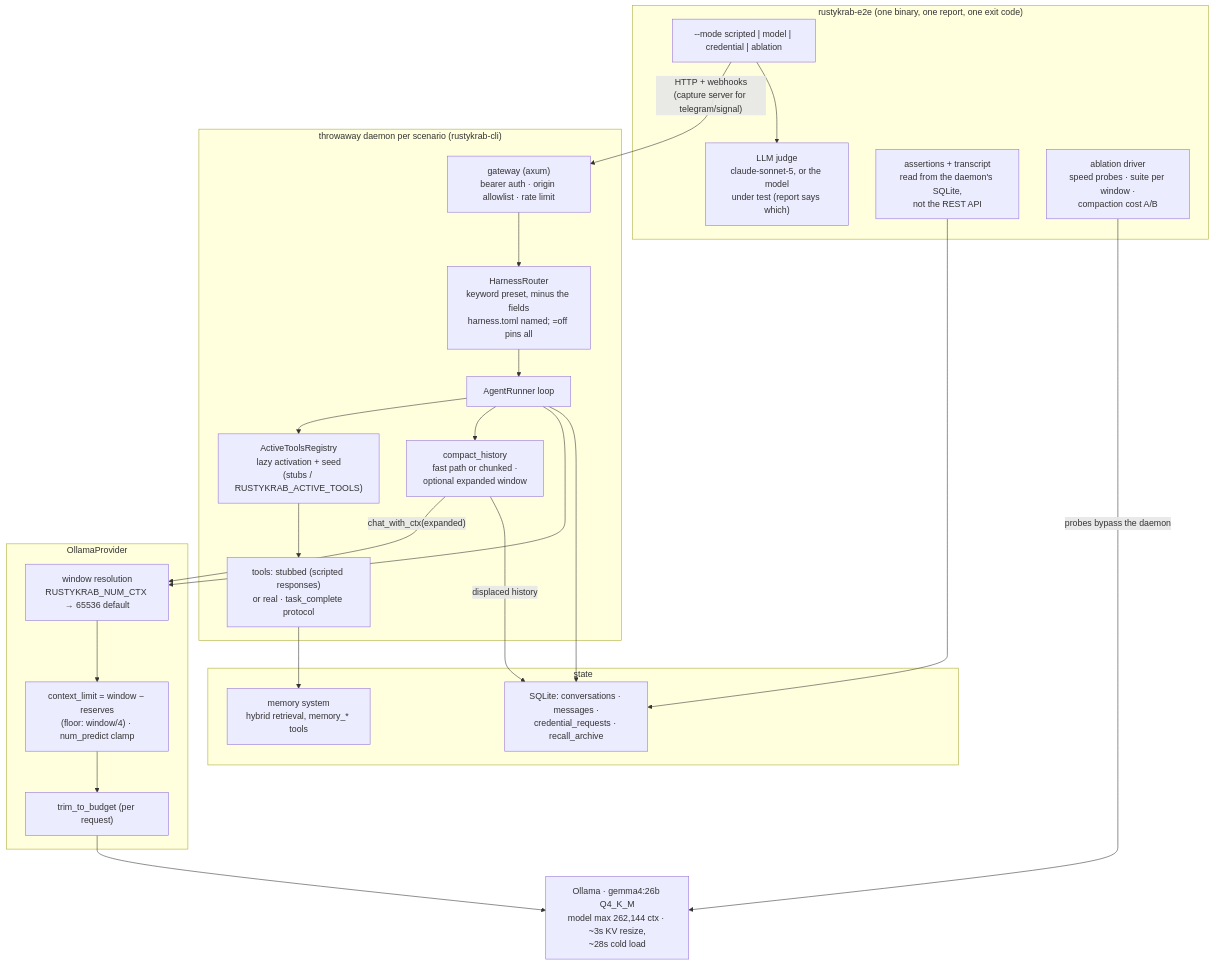
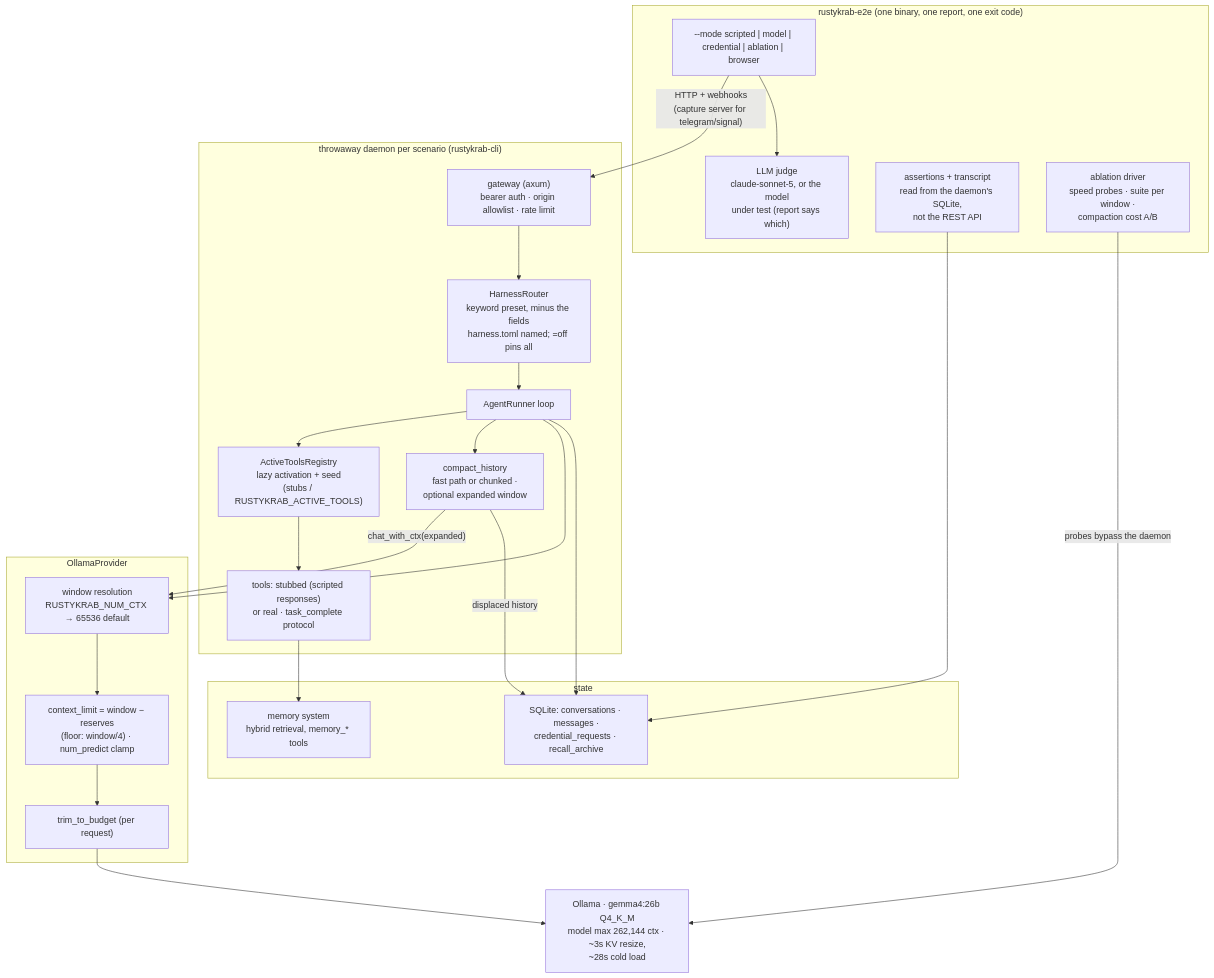
Before and after one commit to gcbh/rustykrab: the first of 2 diagrams in crates/rustykrab-e2e/README.md, drawn with Mermaid. The commit also changed other lines of this file and 21 other files, not shown here.

````diff
--- a/crates/rustykrab-e2e/README.md
+++ b/crates/rustykrab-e2e/README.md
@@ -18,45 +19,45 @@
 ```mermaid
 flowchart TB
     subgraph HARNESS["rustykrab-e2e (one binary, one report, one exit code)"]
-        MODES["--mode scripted | model | credential | ablation"]
+        MODES["--mode scripted | model | credential | ablation | browser"]
         JUDGE["LLM judge<br/>claude-sonnet-5, or the model<br/>under test (report says which)"]
         ASSERT["assertions + transcript<br/>read from the daemon's SQLite,<br/>not the REST API"]
         ABL["ablation driver<br/>speed probes · suite per window ·<br/>compaction cost A/B"]
     end
 
     subgraph DAEMON["throwaway daemon per scenario (rustykrab-cli)"]
         GW["gateway (axum)<br/>bearer auth · origin allowlist · rate limit"]
         ROUTER["HarnessRouter<br/>keyword preset, minus the fields<br/>harness.toml named; =off pins all"]
         RUNNER["AgentRunner loop"]
         ACTIVE["ActiveToolsRegistry<br/>lazy activation + seed<br/>(stubs / RUSTYKRAB_ACTIVE_TOOLS)"]
         TOOLS["tools: stubbed (scripted responses)<br/>or real · task_complete protocol"]
         COMPACT["compact_history<br/>fast path or chunked ·<br/>optional expanded window"]
     end
 
     subgraph PROVIDER["OllamaProvider"]
         CTX["window resolution<br/>RUSTYKRAB_NUM_CTX → 65536 default"]
         BUDGET["context_limit = window − reserves<br/>(floor: window/4) · num_predict clamp"]
         TRIM["trim_to_budget (per request)"]
     end
 
     subgraph STORES["state"]
         SQL["SQLite: conversations · messages ·<br/>credential_requests · recall_archive"]
         MEM["memory system<br/>hybrid retrieval, memory_* tools"]
     end
 
     OLLAMA["Ollama · gemma4:26b Q4_K_M<br/>model max 262,144 ctx · ~3s KV resize,<br/>~28s cold load"]
 
     MODES -->|"HTTP + webhooks<br/>(capture server for telegram/signal)"| GW
     GW --> ROUTER --> RUNNER
     RUNNER --> ACTIVE --> TOOLS
     RUNNER --> COMPACT
     RUNNER --> CTX
     COMPACT -->|"chat_with_ctx(expanded)"| CTX
     CTX --> BUDGET --> TRIM --> OLLAMA
     RUNNER --> SQL
     COMPACT -->|"displaced history"| SQL
     TOOLS --> MEM
     ASSERT --> SQL
     ABL -->|"probes bypass the daemon"| OLLAMA
     MODES --> JUDGE
 ```
````
